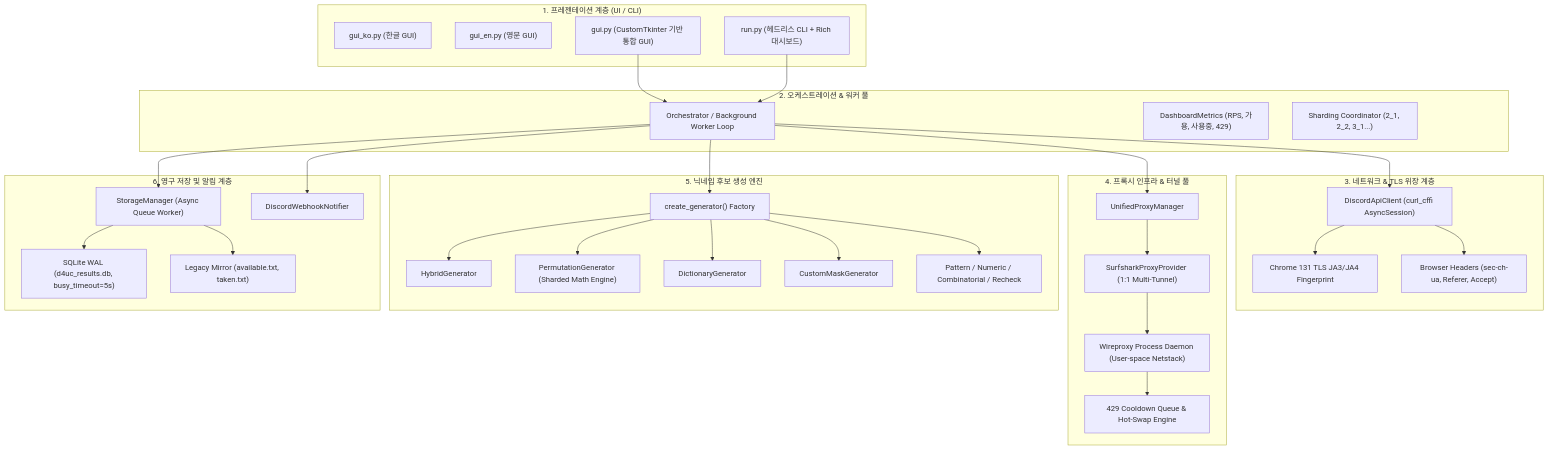
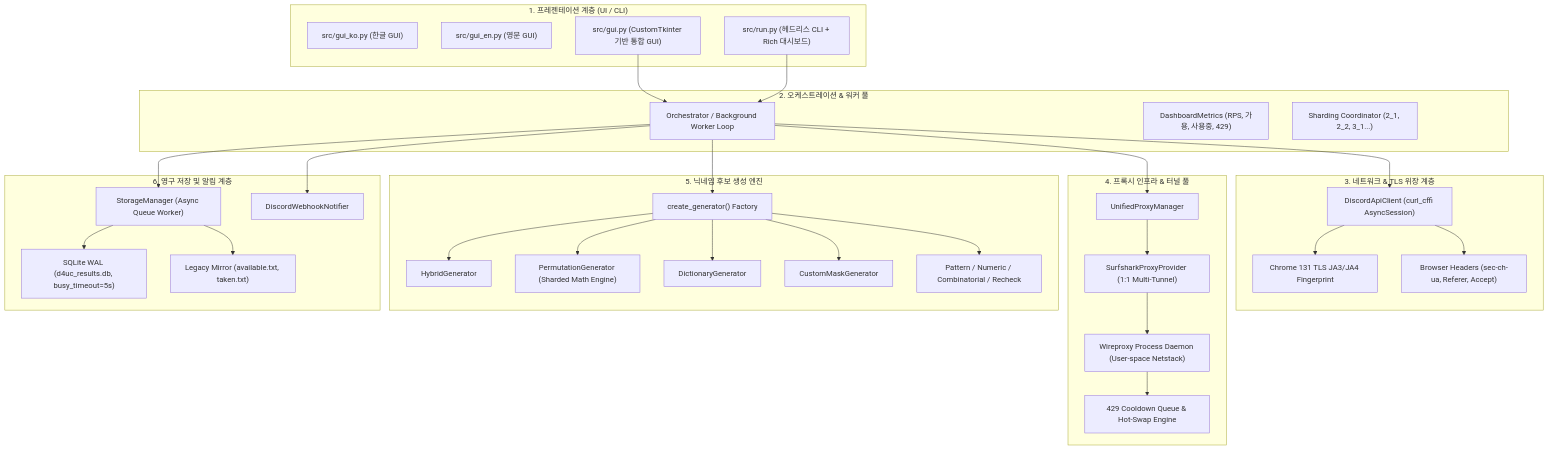
One commit to KRCUPRO/discord-checker changed the first of 2 diagrams in docs/ARCHITECTURE_MAP.md. Above: the diagram before and after it, drawn with Mermaid. The commit also changed other lines of this file and 48 other files, not shown here.

````diff
--- a/docs/ARCHITECTURE_MAP.md
+++ b/docs/ARCHITECTURE_MAP.md
@@ -10,56 +10,56 @@
 ```mermaid
 graph TD
     subgraph Layer 1: Presentation ["1. 프레젠테이션 계층 (UI / CLI)"]
-        GUI_KO["gui_ko.py (한글 GUI)"]
-        GUI_EN["gui_en.py (영문 GUI)"]
-        GUI["gui.py (CustomTkinter 기반 통합 GUI)"]
-        CLI["run.py (헤드리스 CLI + Rich 대시보드)"]
+        GUI_KO["src/gui_ko.py (한글 GUI)"]
+        GUI_EN["src/gui_en.py (영문 GUI)"]
+        GUI["src/gui.py (CustomTkinter 기반 통합 GUI)"]
+        CLI["src/run.py (헤드리스 CLI + Rich 대시보드)"]
     end
 
     subgraph Layer 2: Orchestration ["2. 오케스트레이션 & 워커 풀"]
         ORCH["Orchestrator / Background Worker Loop"]
         METRICS["DashboardMetrics (RPS, 가용, 사용중, 429)"]
         SHARD["Sharding Coordinator (2_1, 2_2, 3_1...)"]
     end
 
     subgraph Layer 3: Network & Stealth ["3. 네트워크 & TLS 위장 계층"]
         CLIENT["DiscordApiClient (curl_cffi AsyncSession)"]
         TLS["Chrome 131 TLS JA3/JA4 Fingerprint"]
         HEADERS["Browser Headers (sec-ch-ua, Referer, Accept)"]
     end
 
     subgraph Layer 4: Proxy Infrastructure ["4. 프록시 인프라 & 터널 풀"]
         UPM["UnifiedProxyManager"]
         SURF["SurfsharkProxyProvider (1:1 Multi-Tunnel)"]
         WIRE["Wireproxy Process Daemon (User-space Netstack)"]
         COOLDOWN["429 Cooldown Queue & Hot-Swap Engine"]
     end
 
     subgraph Layer 5: Candidate Generator ["5. 닉네임 후보 생성 엔진"]
         GEN_FACT["create_generator() Factory"]
         HYBRID["HybridGenerator"]
         PERM["PermutationGenerator (Sharded Math Engine)"]
         DICT["DictionaryGenerator"]
         MASK["CustomMaskGenerator"]
         OTHER_GEN["Pattern / Numeric / Combinatorial / Recheck"]
     end
 
     subgraph Layer 6: Storage & Notify ["6. 영구 저장 및 알림 계층"]
         STORAGE["StorageManager (Async Queue Worker)"]
         SQLITE["SQLite WAL (d4uc_results.db, busy_timeout=5s)"]
         MIRROR["Legacy Mirror (available.txt, taken.txt)"]
         WEBHOOK["DiscordWebhookNotifier"]
     end
 
     GUI --> ORCH
     CLI --> ORCH
     ORCH --> GEN_FACT
     GEN_FACT --> HYBRID & PERM & DICT & MASK & OTHER_GEN
     ORCH --> CLIENT
     CLIENT --> TLS & HEADERS
     ORCH --> UPM
     UPM --> SURF --> WIRE --> COOLDOWN
     ORCH --> STORAGE
     STORAGE --> SQLITE & MIRROR
     ORCH --> WEBHOOK
 ```
````
